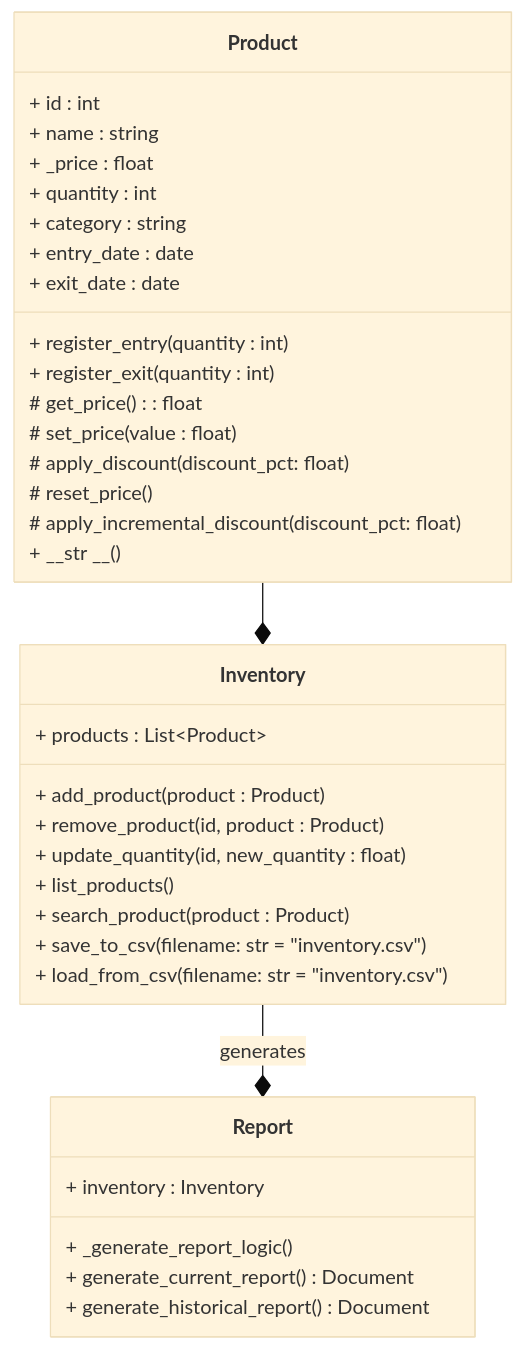
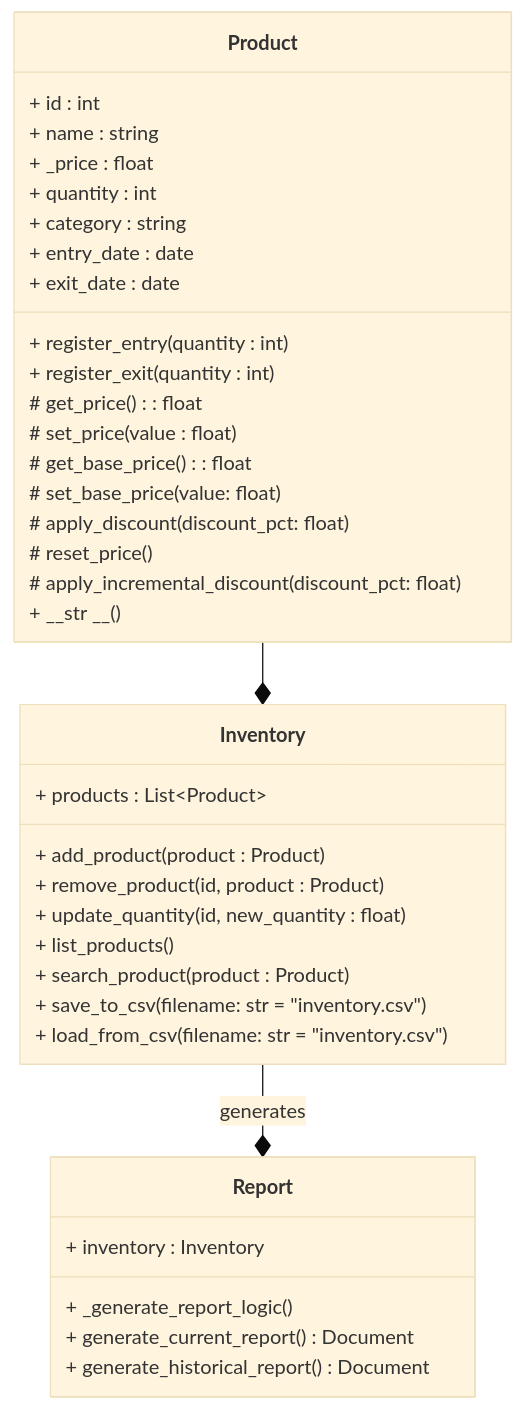
One commit to lucholopez1/LogiStock- changed the diagram in README.md. Above: the diagram before and after it, drawn with Mermaid (base theme).

````diff
--- a/README.md
+++ b/README.md
@@ -31,41 +31,43 @@
 ``` mermaid
 classDiagram
     class Product {
         + id : int
         + name : string
         + _price : float
         + quantity : int
         + category : string
         + entry_date : date
         + exit_date : date
         + register_entry(quantity : int)
         + register_exit(quantity : int)
         # get_price() : float
         # set_price(value : float)
+        # get_base_price() : float
+        # set_base_price(value: float)
         # apply_discount(discount_pct: float)
         # reset_price()
         # apply_incremental_discount(discount_pct: float)
         + __str __()
     }
 
     class Inventory {
         + products : List~Product~ 
         + add_product(product : Product)
         + remove_product(id, product : Product)
         + update_quantity(id, new_quantity : float)
         + list_products()
         + search_product(product : Product)
         + save_to_csv(filename: str = "inventory.csv")
         + load_from_csv(filename: str = "inventory.csv")
     }
 
     class Report {
         + inventory : Inventory
         + _generate_report_logic()
         + generate_current_report() Document
         + generate_historical_report() Document
     }
 
     Product --* Inventory
     Inventory --* Report : generates
 ```
````
